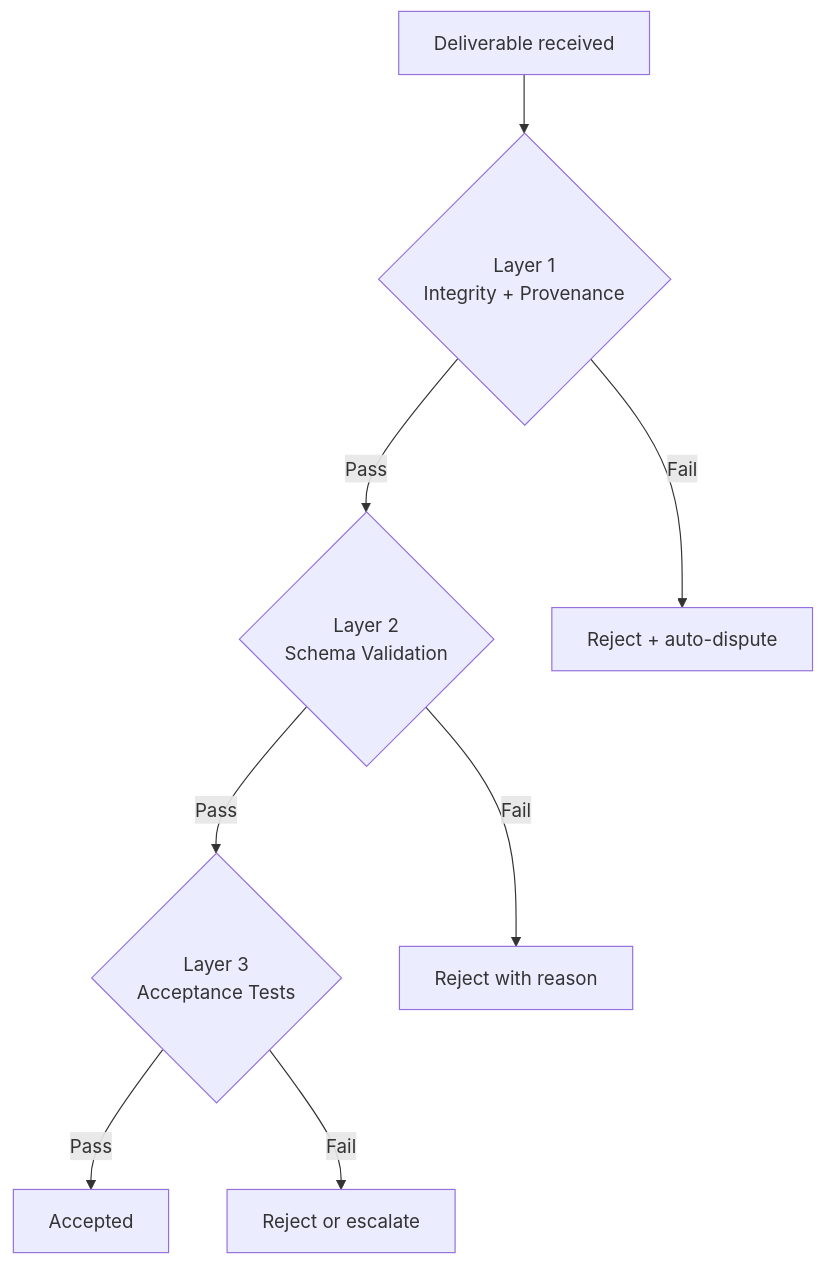
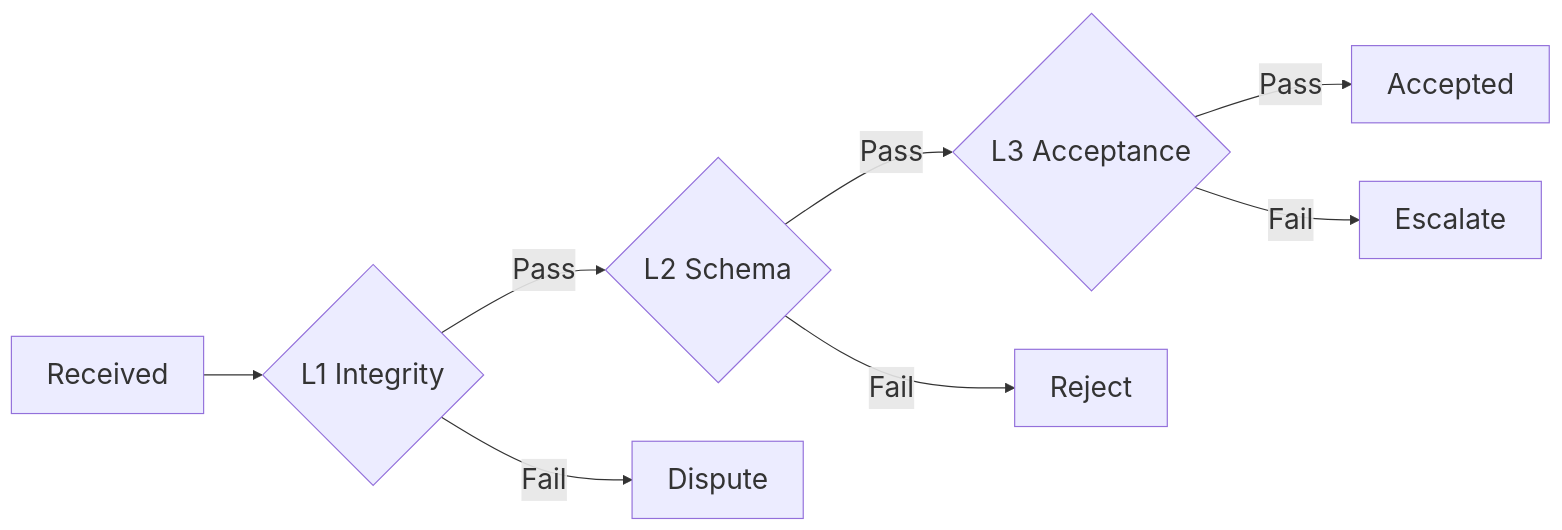
Before and after one commit to claw-network/clawnet: the fifth of 7 diagrams in packages/docs/content/docs/getting-started/core-concepts/deliverables.md, drawn with Mermaid. The commit also changed other lines of this file and 1 other file, not shown here.

Commit message:
feat: enhance deliverables documentation with improved flowcharts and visual elements for clarity

````diff
--- a/packages/docs/content/docs/getting-started/core-concepts/deliverables.md
+++ b/packages/docs/content/docs/getting-started/core-concepts/deliverables.md
@@ -194,10 +198,11 @@
 ```mermaid
-flowchart TD
-    D[Deliverable received] --> L1{Layer 1\nIntegrity + Provenance}
-    L1 -- Pass --> L2{Layer 2\nSchema Validation}
-    L1 -- Fail --> R1[Reject + auto-dispute]
-    L2 -- Pass --> L3{Layer 3\nAcceptance Tests}
-    L2 -- Fail --> R2[Reject with reason]
+%%{init: {'themeVariables': {'fontSize': '24px'}}}%%
+flowchart LR
+    D[Received] --> L1{L1 Integrity}
+    L1 -- Pass --> L2{L2 Schema}
+    L1 -- Fail --> R1[Dispute]
+    L2 -- Pass --> L3{L3 Acceptance}
+    L2 -- Fail --> R2[Reject]
     L3 -- Pass --> A[Accepted]
-    L3 -- Fail --> R3[Reject or escalate]
+    L3 -- Fail --> R3[Escalate]
 ```
````
